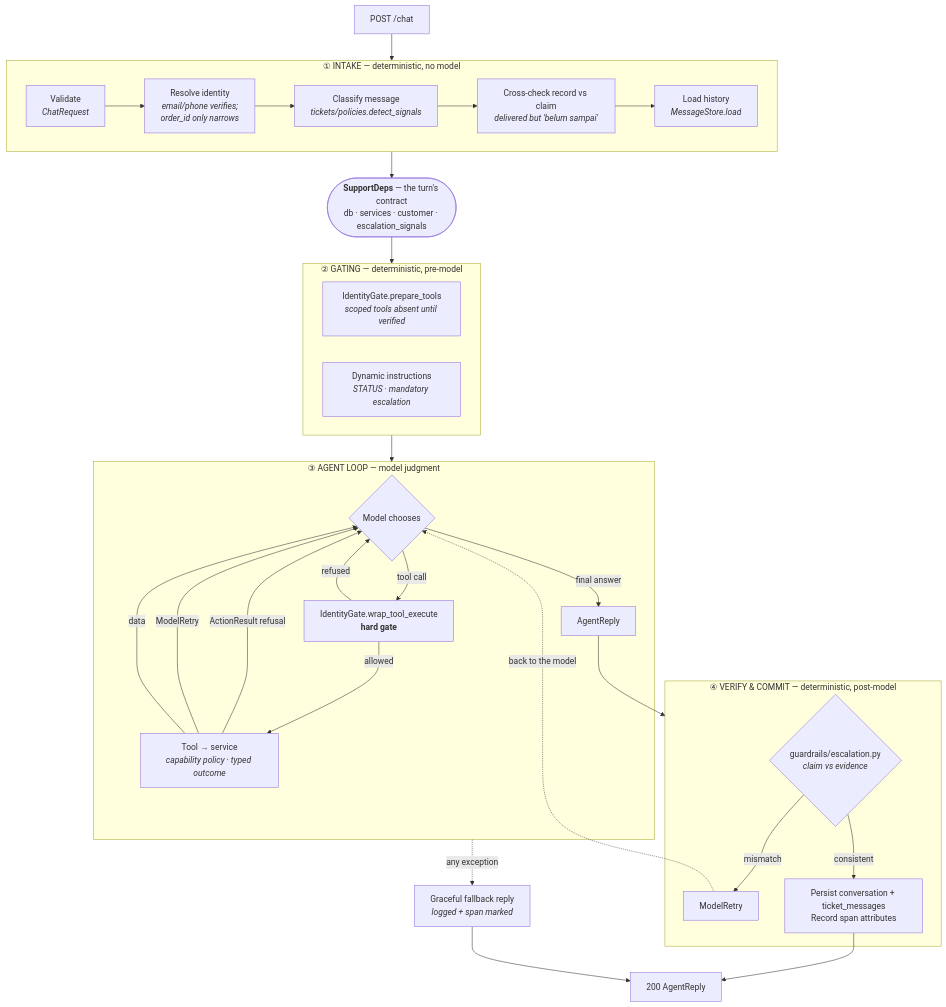
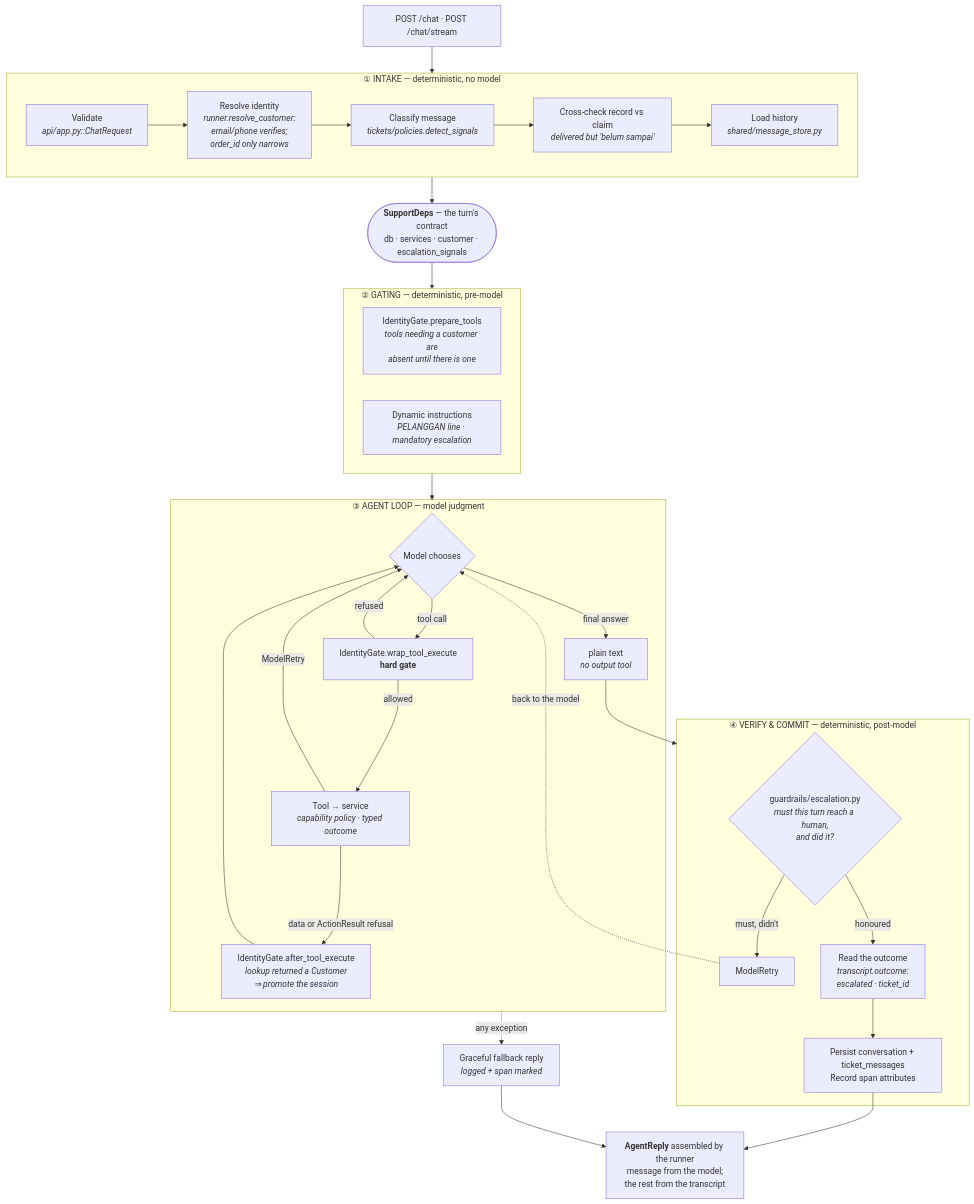
The diagram in docs/WORKFLOW.md (fathurwithyou/customer-service-ai-agent), drawn with Mermaid before and after one commit. The commit also changed other lines of this file and 3 other files, not shown here.

````diff
--- a/docs/WORKFLOW.md
+++ b/docs/WORKFLOW.md
@@ -19,45 +19,46 @@
 ```mermaid
 flowchart TD
-    REQ["POST /chat"] --> P0
+    REQ["POST /chat · POST /chat/stream"] --> P0
 
     subgraph P0["① INTAKE — deterministic, no model"]
-        V["Validate<br/><i>ChatRequest</i>"] --> ID["Resolve identity<br/><i>email/phone verifies;<br/>order_id only narrows</i>"]
+        V["Validate<br/><i>api/app.py::ChatRequest</i>"] --> ID["Resolve identity<br/><i>runner.resolve_customer:<br/>email/phone verifies;<br/>order_id only narrows</i>"]
         ID --> SIG["Classify message<br/><i>tickets/policies.detect_signals</i>"]
         SIG --> INC["Cross-check record vs claim<br/><i>delivered but 'belum sampai'</i>"]
-        INC --> HIST["Load history<br/><i>MessageStore.load</i>"]
+        INC --> HIST["Load history<br/><i>shared/message_store.py</i>"]
     end
 
     P0 --> DEPS(["<b>SupportDeps</b> — the turn's contract<br/>db · services · customer · escalation_signals"])
     DEPS --> P1
 
     subgraph P1["② GATING — deterministic, pre-model"]
-        PT["IdentityGate.prepare_tools<br/><i>scoped tools absent until verified</i>"]
-        DI["Dynamic instructions<br/><i>STATUS · mandatory escalation</i>"]
+        PT["IdentityGate.prepare_tools<br/><i>tools needing a customer are<br/>absent until there is one</i>"]
+        DI["Dynamic instructions<br/><i>PELANGGAN line · mandatory escalation</i>"]
     end
 
     P1 --> P2
 
     subgraph P2["③ AGENT LOOP — model judgment"]
         M{"Model chooses"} -->|tool call| W["IdentityGate.wrap_tool_execute<br/><b>hard gate</b>"]
         W -->|refused| M
         W -->|allowed| T["Tool → service<br/><i>capability policy · typed outcome</i>"]
-        T -->|ActionResult refusal| M
         T -->|ModelRetry| M
-        T -->|data| M
-        M -->|final answer| OUT["AgentReply"]
+        T -->|data or ActionResult refusal| AF["IdentityGate.after_tool_execute<br/><i>lookup returned a Customer<br/>⇒ promote the session</i>"]
+        AF --> M
+        M -->|final answer| OUT["plain text<br/><i>no output tool</i>"]
     end
 
     OUT --> P3
 
     subgraph P3["④ VERIFY & COMMIT — deterministic, post-model"]
-        OV{"guardrails/escalation.py<br/><i>claim vs evidence</i>"}
-        OV -->|mismatch| RETRY["ModelRetry"]
-        OV -->|consistent| C["Persist conversation + ticket_messages<br/>Record span attributes"]
+        OV{"guardrails/escalation.py<br/><i>must this turn reach a human,<br/>and did it?</i>"}
+        OV -->|"must, didn't"| RETRY["ModelRetry"]
+        OV -->|honoured| RD["Read the outcome<br/><i>transcript.outcome:<br/>escalated · ticket_id</i>"]
+        RD --> C["Persist conversation + ticket_messages<br/>Record span attributes"]
     end
 
     RETRY -.->|back to the model| M
-    C --> RESP["200 AgentReply"]
+    C --> RESP["<b>AgentReply</b> assembled by the runner<br/>message from the model;<br/>the rest from the transcript"]
 
     P2 -.->|any exception| FB["Graceful fallback reply<br/><i>logged + span marked</i>"]
     FB --> RESP
 ```
````
